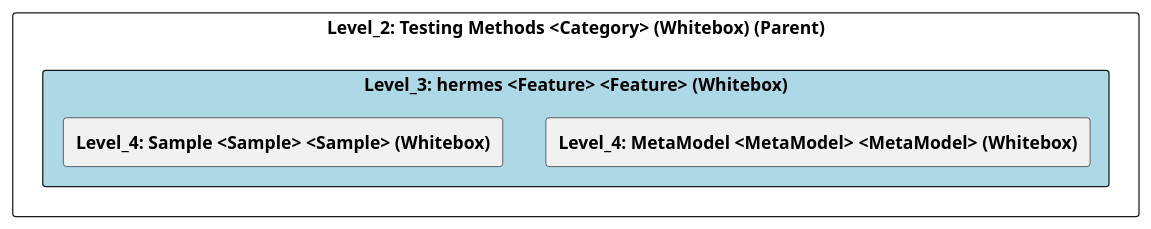
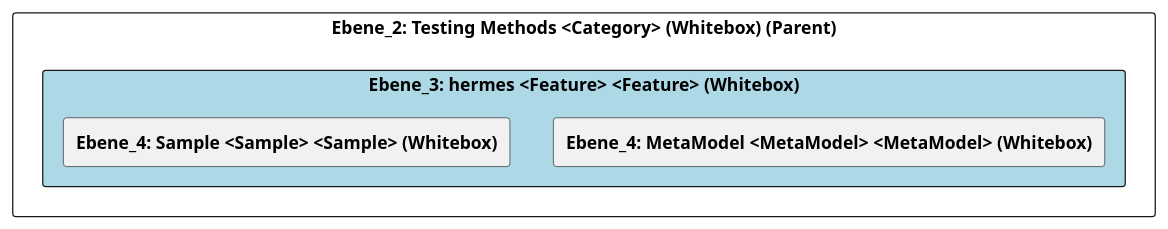
One commit to marcozwyssig/cleon changed the diagram in doc/cleonproject_deliverables_architecture_model_architecture/adoc/de/05_bausteinsicht/cleon/testing_methods/hermes/ebene_3_hermes.adoc. Above: the diagram before and after it, drawn with PlantUML. The commit also changed other lines of this file and 258 other files, not shown here.

```diff
--- a/doc/cleonproject_deliverables_architecture_model_architecture/adoc/de/05_bausteinsicht/cleon/testing_methods/hermes/ebene_3_hermes.adoc
+++ b/doc/cleonproject_deliverables_architecture_model_architecture/adoc/de/05_bausteinsicht/cleon/testing_methods/hermes/ebene_3_hermes.adoc
@@ -24,25 +24,25 @@
-[plantuml, Level_3: hermes <Feature> <Feature> (Whitebox)BlockOverview, format="svg"]
+[plantuml, Ebene_3: hermes <Feature> <Feature> (Whitebox)BlockOverview, format="svg"]
 ----
-@startuml Level_3: hermes <Feature> <Feature> (Whitebox)BuildingBlockOverview
+@startuml Ebene_3: hermes <Feature> <Feature> (Whitebox)BuildingBlockOverview
 
 skinparam ranksep 10
 skinparam componentStyle rectangle
 skinparam shadowing false
 skinparam arrowColor lightblue
 skinparam arrowThickness 1.2
 skinparam rectangle {
   BackgroundColor White
   BorderColor #333
   RoundCorner 10
 }
 top to bottom direction
 
-component "Level_2: Testing Methods <Category> (Whitebox) (Parent)" {
-    component "Level_3: hermes <Feature> <Feature> (Whitebox)" #lightblue {
-        [**Level_4: MetaModel <MetaModel> <MetaModel> (Whitebox)**] as 4A56DE3F_D579_11EE_903E_9F564E4DE07E
-        [**Level_4: Sample <Sample> <Sample> (Whitebox)**] as 4A56DE42_D579_11EE_903E_9F564E4DE07E
+component "Ebene_2: Testing Methods <Category> (Whitebox) (Parent)" {
+    component "Ebene_3: hermes <Feature> <Feature> (Whitebox)" #lightblue {
+        [**Ebene_4: MetaModel <MetaModel> <MetaModel> (Whitebox)**] as 4A56DE3F_D579_11EE_903E_9F564E4DE07E
+        [**Ebene_4: Sample <Sample> <Sample> (Whitebox)**] as 4A56DE42_D579_11EE_903E_9F564E4DE07E
     }
 }
 
 @enduml
 ----
```
